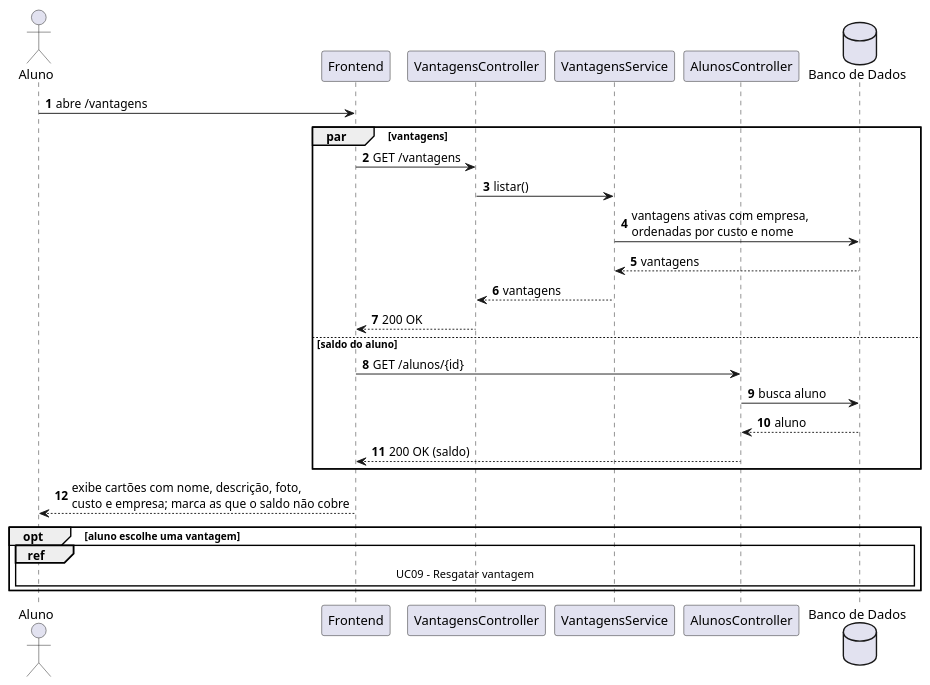
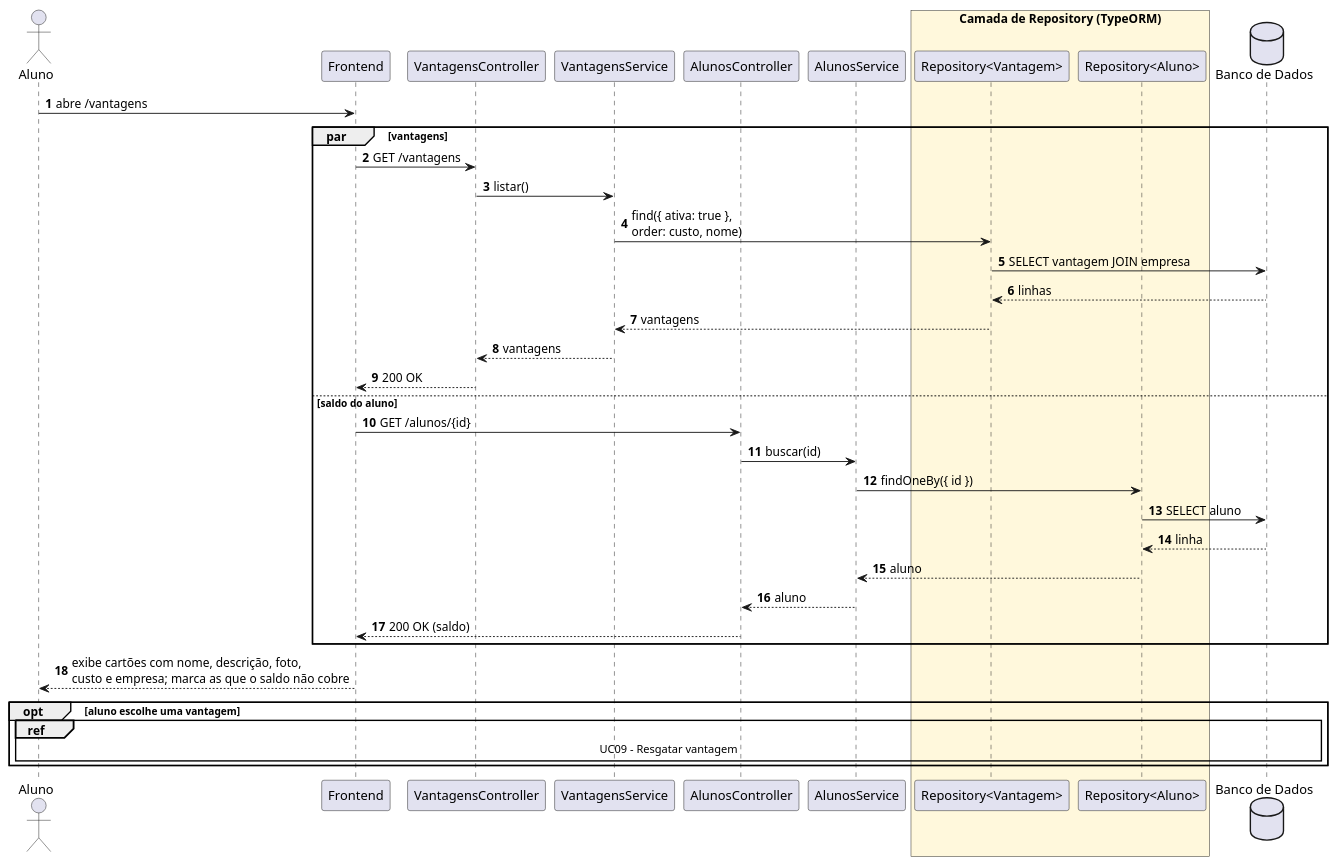
Before and after one commit to pazzutti/lab03-sistema-moeda-estudantil: the diagram in docs/diagramas/sequencia/uc08-consultar-vantagens.puml, drawn with PlantUML. The commit also changed 21 other files, not shown here.

```diff
--- a/docs/diagramas/sequencia/uc08-consultar-vantagens.puml
+++ b/docs/diagramas/sequencia/uc08-consultar-vantagens.puml
@@ -1,41 +1,52 @@
 @startuml uc08_consultar_vantagens
 ' =====================================================================
 ' Sistema de Moeda Estudantil
 ' Diagrama de Sequencia - UC08 Consultar vantagens (HU07)
 ' Fonte versionada em docs/diagramas/sequencia/uc08-consultar-vantagens.puml
 ' Estendido por UC09 (uc09-resgatar-vantagem.puml)
 ' =====================================================================
 
 skinparam shadowing false
 autonumber
 
 actor Aluno
 participant Frontend
 participant "VantagensController" as VantCtrl
 participant "VantagensService" as VantSrv
 participant "AlunosController" as AlunoCtrl
+participant "AlunosService" as AlunoSrv
+box "Camada de Repository (TypeORM)" #FFF8DC
+  participant "Repository<Vantagem>" as VantRepo
+  participant "Repository<Aluno>" as AlunoRepo
+end box
 database "Banco de Dados" as BD
 
 Aluno -> Frontend : abre /vantagens
 
 par vantagens
   Frontend -> VantCtrl : GET /vantagens
   VantCtrl -> VantSrv : listar()
-  VantSrv -> BD : vantagens ativas com empresa,\nordenadas por custo e nome
-  BD --> VantSrv : vantagens
+  VantSrv -> VantRepo : find({ ativa: true },\norder: custo, nome)
+  VantRepo -> BD : SELECT vantagem JOIN empresa
+  BD --> VantRepo : linhas
+  VantRepo --> VantSrv : vantagens
   VantSrv --> VantCtrl : vantagens
   VantCtrl --> Frontend : 200 OK
 else saldo do aluno
   Frontend -> AlunoCtrl : GET /alunos/{id}
-  AlunoCtrl -> BD : busca aluno
-  BD --> AlunoCtrl : aluno
+  AlunoCtrl -> AlunoSrv : buscar(id)
+  AlunoSrv -> AlunoRepo : findOneBy({ id })
+  AlunoRepo -> BD : SELECT aluno
+  BD --> AlunoRepo : linha
+  AlunoRepo --> AlunoSrv : aluno
+  AlunoSrv --> AlunoCtrl : aluno
   AlunoCtrl --> Frontend : 200 OK (saldo)
 end
 
 Frontend --> Aluno : exibe cartões com nome, descrição, foto,\ncusto e empresa; marca as que o saldo não cobre
 
 opt aluno escolhe uma vantagem
   ref over Aluno, BD : UC09 - Resgatar vantagem
 end
 
 @enduml
```
